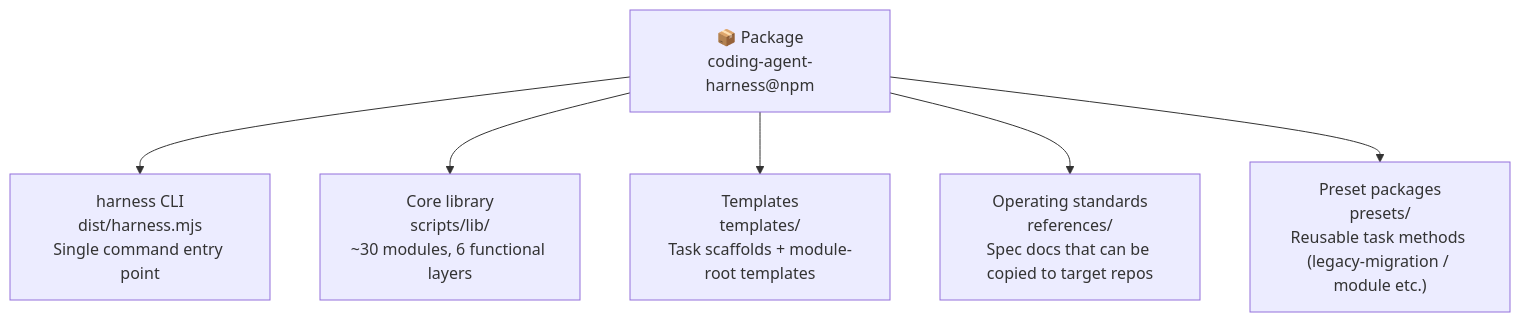
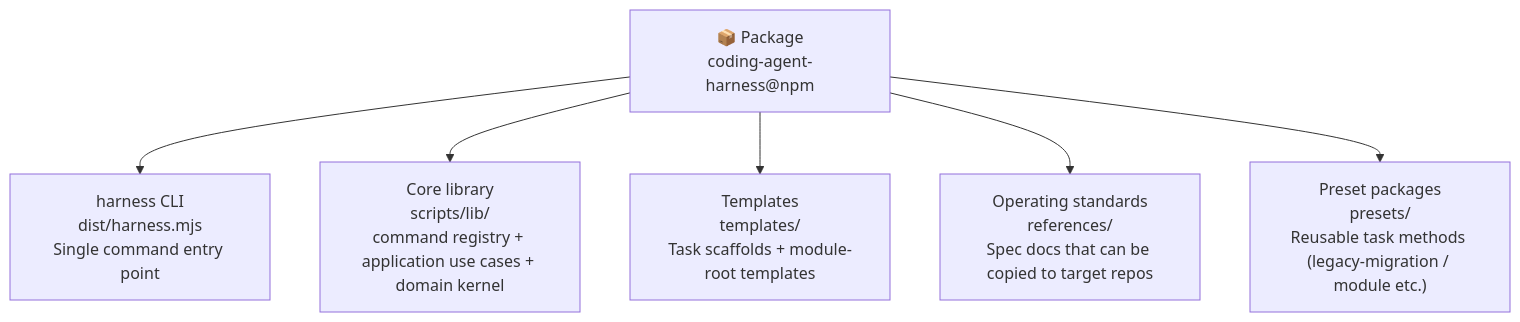
The second of 4 diagrams in docs-release/architecture/system-explainer/en-US/01-system-overview.md (FairladyZ625/coding-agent-harness), drawn with Mermaid before and after one commit. The commit also changed other lines of this file and 13 other files, not shown here.

Commit message:
docs: align release architecture docs

````diff
--- a/docs-release/architecture/system-explainer/en-US/01-system-overview.md
+++ b/docs-release/architecture/system-explainer/en-US/01-system-overview.md
@@ -85,10 +85,10 @@
 ```mermaid
 flowchart TD
   PKG["📦 Package\ncoding-agent-harness@npm"]
 
   PKG --> CLI["harness CLI\ndist/harness.mjs\nSingle command entry point"]
-  PKG --> Lib["Core library\nscripts/lib/\n~30 modules, 6 functional layers"]
+  PKG --> Lib["Core library\nscripts/lib/\ncommand registry + application use cases + domain kernel"]
   PKG --> Templates["Templates\ntemplates/\nTask scaffolds + module-root templates"]
   PKG --> References["Operating standards\nreferences/\nSpec docs that can be copied to target repos"]
   PKG --> Presets["Preset packages\npresets/\nReusable task methods (legacy-migration / module etc.)"]
 ```
````
